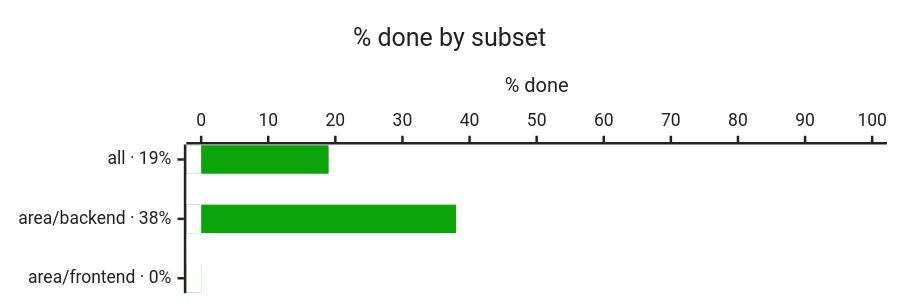
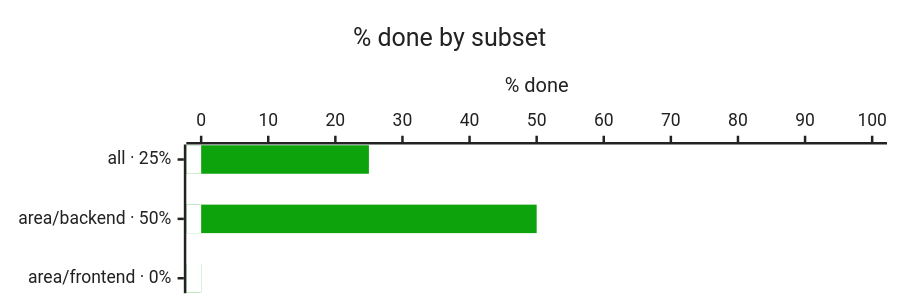
One commit to bvraghav/pm-dummy changed the first of 4 diagrams in progress/README.md. Above: the diagram before and after it, drawn with Mermaid. The commit also changed other lines of this file and 4 other files, not shown here.

````diff
--- a/progress/README.md
+++ b/progress/README.md
@@ -5,9 +5,9 @@
 ```mermaid
 %%{init: {"themeVariables": {"xyChart": {"backgroundColor": "#ffffff", "titleColor": "#222222", "plotColorPalette": "#0ca30c,#ffffff", "xAxisLabelColor": "#222222", "xAxisTitleColor": "#222222", "xAxisTickColor": "#222222", "xAxisLineColor": "#222222", "yAxisLabelColor": "#222222", "yAxisTitleColor": "#222222", "yAxisTickColor": "#222222", "yAxisLineColor": "#222222"}}, "xyChart": {"height": 225}}}%%
 xychart-beta horizontal
   title "% done by subset"
-  x-axis ["all · 19%", "area/backend · 38%", "area/frontend · 0%"]
+  x-axis ["all · 25%", "area/backend · 50%", "area/frontend · 0%"]
   y-axis "% done" 0 --> 100
-  bar [19, 38, 0]
+  bar [25, 50, 0]
   bar [0, 0, 0]
 ```
````
